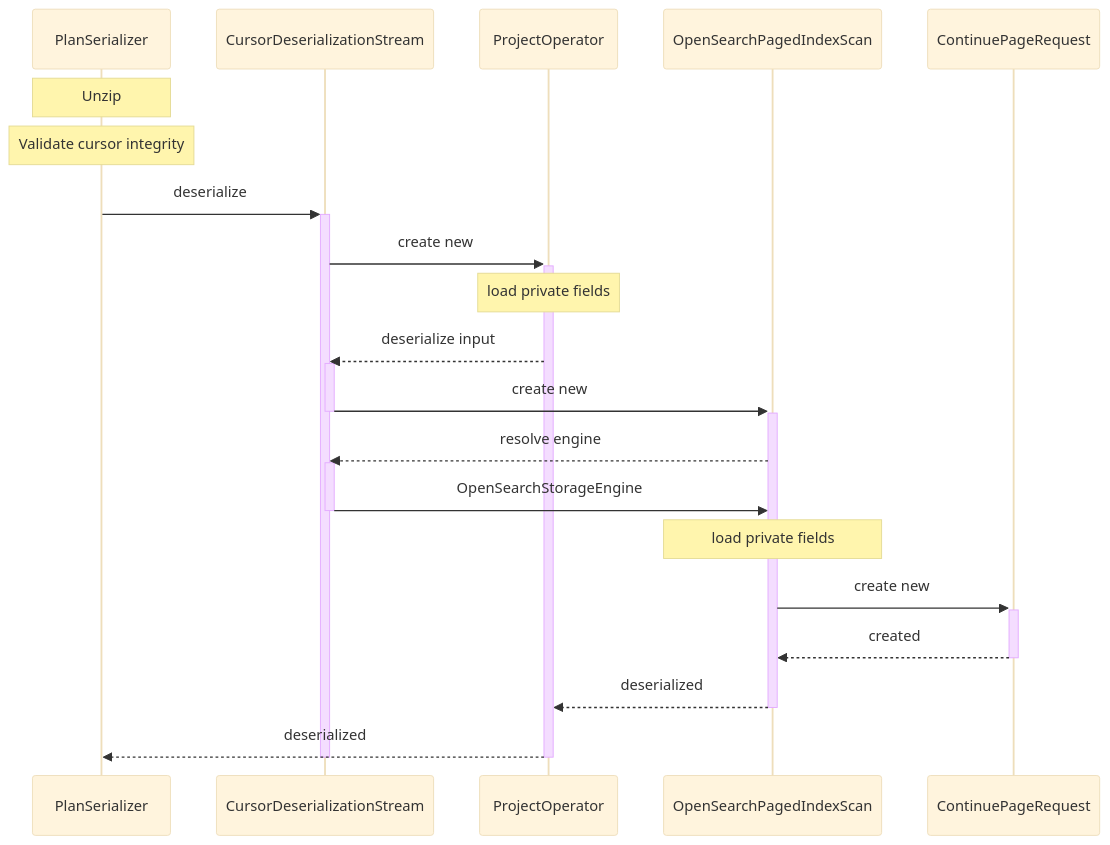
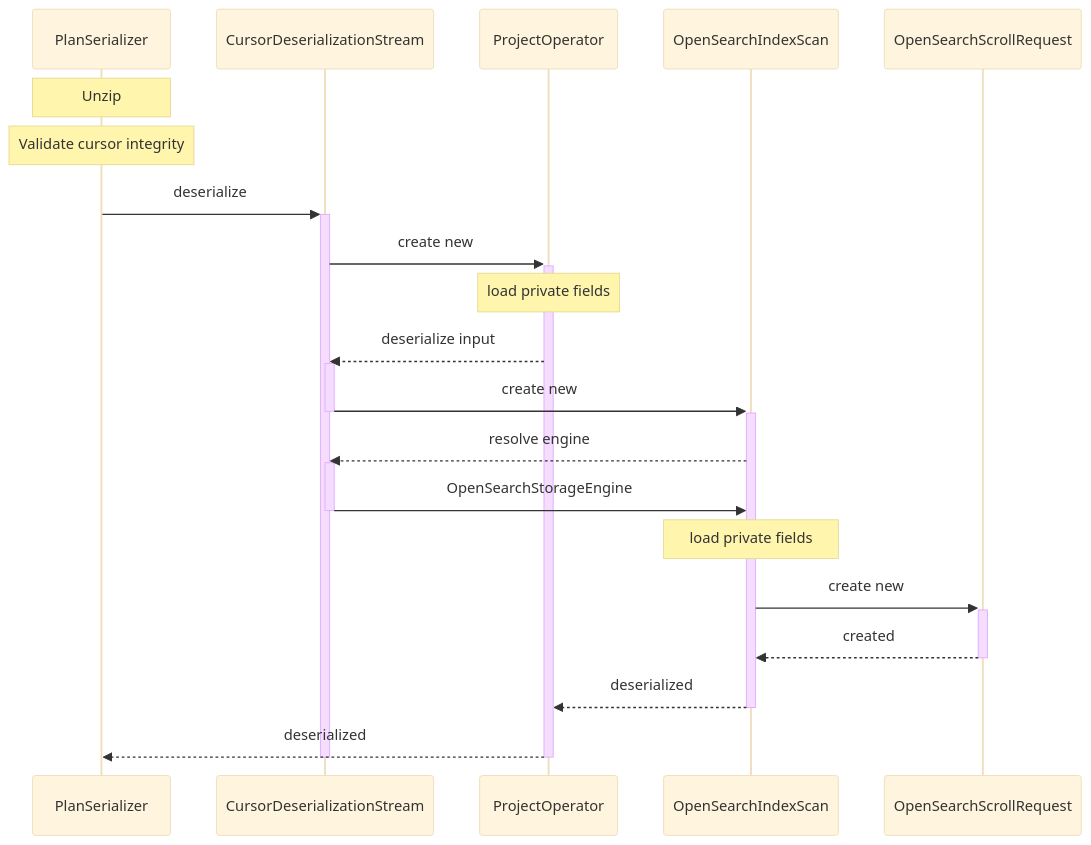
One commit to opensearch-project/sql changed diagram 17 of 18 in docs/dev/Pagination-v2.md. Above: the diagram before and after it, drawn with Mermaid (base theme). The commit also changed other lines of this file, not shown here.

````diff
--- a/docs/dev/Pagination-v2.md
+++ b/docs/dev/Pagination-v2.md
@@ -680,26 +630,26 @@
 ```mermaid
 sequenceDiagram
     participant PlanSerializer
     participant CursorDeserializationStream
     participant ProjectOperator
-    participant OpenSearchPagedIndexScan
-    participant ContinuePageRequest
+    participant OpenSearchIndexScan
+    participant OpenSearchScrollRequest
 
 Note over PlanSerializer : Unzip
 Note over PlanSerializer : Validate cursor integrity
 PlanSerializer ->>+ CursorDeserializationStream : deserialize
   CursorDeserializationStream ->>+ ProjectOperator : create new
     Note over ProjectOperator: load private fields
     ProjectOperator -->> CursorDeserializationStream : deserialize input
   activate CursorDeserializationStream
-  CursorDeserializationStream ->>+ OpenSearchPagedIndexScan : create new
+  CursorDeserializationStream ->>+ OpenSearchIndexScan : create new
   deactivate CursorDeserializationStream
-    OpenSearchPagedIndexScan -->>+ CursorDeserializationStream : resolve engine
-  CursorDeserializationStream ->>- OpenSearchPagedIndexScan : OpenSearchStorageEngine
-    Note over OpenSearchPagedIndexScan : load private fields
-    OpenSearchPagedIndexScan ->>+ ContinuePageRequest : create new
-      ContinuePageRequest -->>- OpenSearchPagedIndexScan : created
-    OpenSearchPagedIndexScan -->>- ProjectOperator : deserialized
+    OpenSearchIndexScan -->>+ CursorDeserializationStream : resolve engine
+  CursorDeserializationStream ->>- OpenSearchIndexScan : OpenSearchStorageEngine
+    Note over OpenSearchIndexScan : load private fields
+    OpenSearchIndexScan ->>+ OpenSearchScrollRequest : create new
+      OpenSearchScrollRequest -->>- OpenSearchIndexScan : created
+    OpenSearchIndexScan -->>- ProjectOperator : deserialized
   ProjectOperator -->>- PlanSerializer : deserialized
   deactivate CursorDeserializationStream
 ```
````
